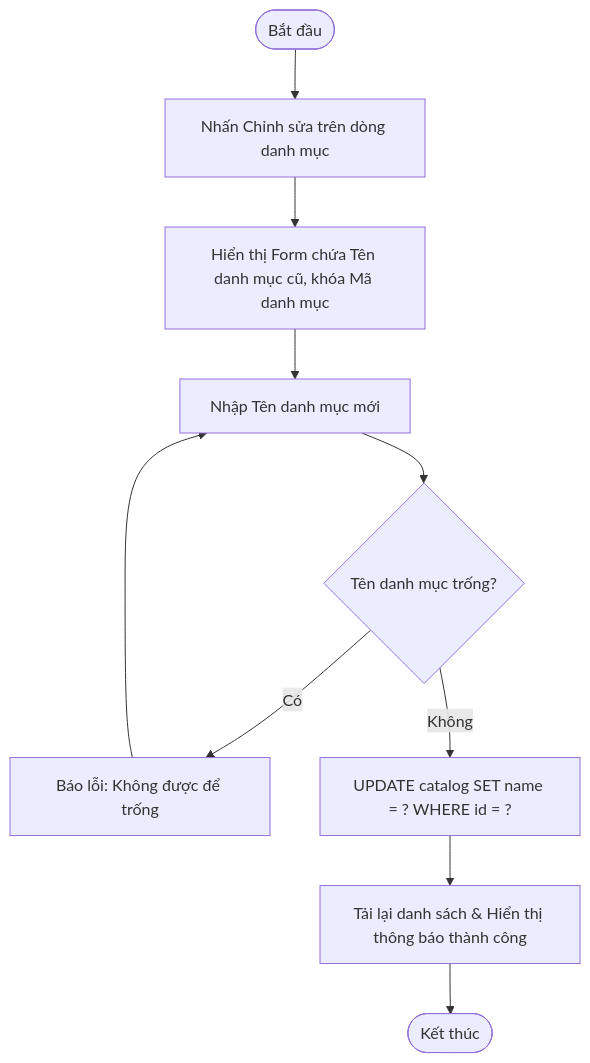
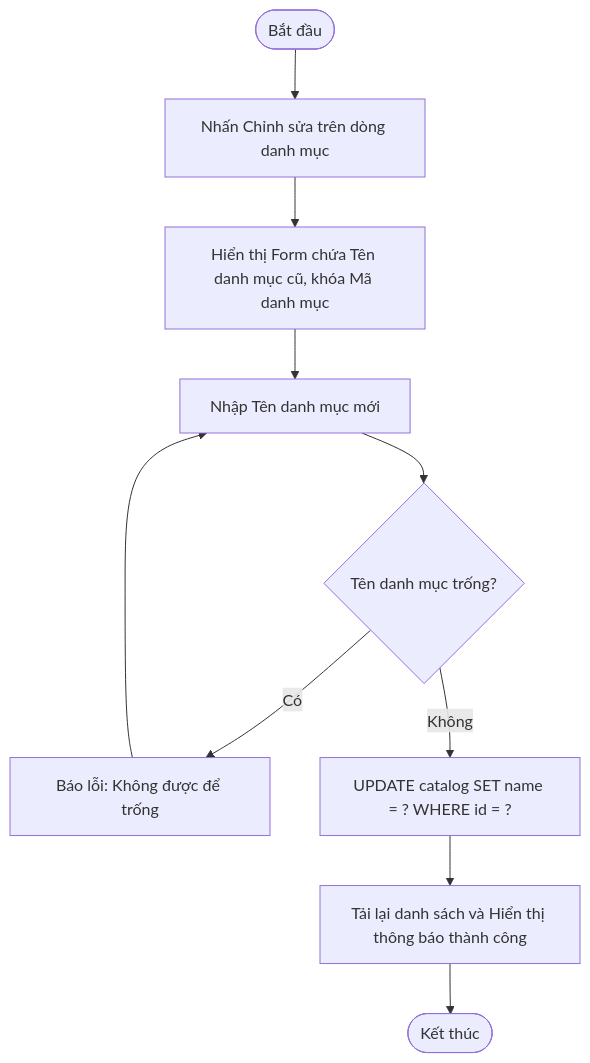
The ninth of 32 diagrams in a.md (ngocuyenle15/PIS-CNPM), drawn with Mermaid before and after one commit. The commit also changed other lines of this file, not shown here.

````diff
--- a/a.md
+++ b/a.md
@@ -132,10 +132,10 @@
 ```mermaid
 flowchart TD
     Start([Bắt đầu]) --> ClickEdit[Nhấn Chỉnh sửa trên dòng danh mục]
     ClickEdit --> ShowForm[Hiển thị Form chứa Tên danh mục cũ, khóa Mã danh mục]
     ShowForm --> EditName[Nhập Tên danh mục mới]
     EditName --> Validate{Tên danh mục trống?}
     Validate -- Có --> Error[Báo lỗi: Không được để trống] --> EditName
     Validate -- Không --> UpdateDB[UPDATE catalog SET name = ? WHERE id = ?]
-    UpdateDB --> Reload[Tải lại danh sách & Hiển thị thông báo thành công] --> End([Kết thúc])
+    UpdateDB --> Reload[Tải lại danh sách và Hiển thị thông báo thành công] --> End([Kết thúc])
 ```
````
